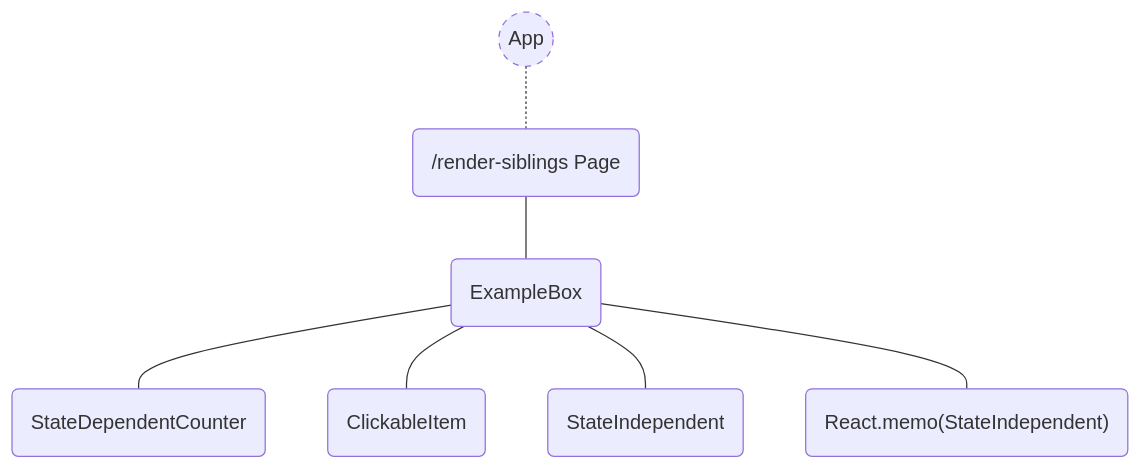
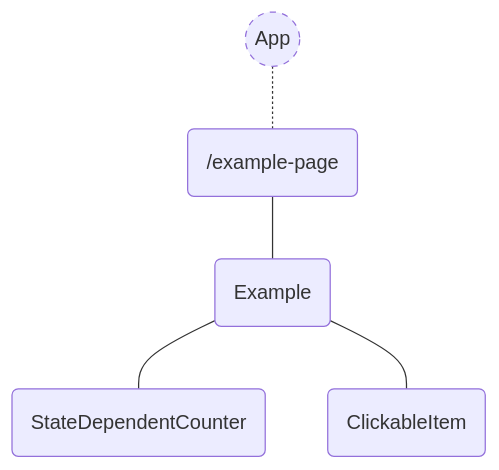
One commit to AlexeyPopovUA/me changed the fourth of 4 diagrams in front-end/content/articles/react-application-performance-profiling-and-improvement/article.mdx. Above: the diagram before and after it, drawn with Mermaid. The commit also changed other lines of this file and 1 other file, not shown here.

Commit message:
docs(front-end): expand the react performance article

````diff
--- a/front-end/content/articles/react-application-performance-profiling-and-improvement/article.mdx
+++ b/front-end/content/articles/react-application-performance-profiling-and-improvement/article.mdx
@@ -160,10 +117,8 @@
 ```mermaid
 flowchart TB
     classDef dashed stroke-dasharray: 5 5
     idApp((App)):::dashed -.- idRoot(Page)
-    idRoot(/render-siblings Page) --- idEx((ExampleBox));
-    idEx(ExampleBox) --- id1(StateDependentCounter)
-    idEx(ExampleBox) --- id2(ClickableItem)
-    idEx(ExampleBox) --- id3(StateIndependent)
-    idEx(ExampleBox) --- id4("React.memo(StateIndependent)")
+    idRoot(/example-page) --- idEx((Example));
+    idEx(Example) --- id1(StateDependentCounter)
+    idEx(Example) --- id2(ClickableItem)
 ```
````
